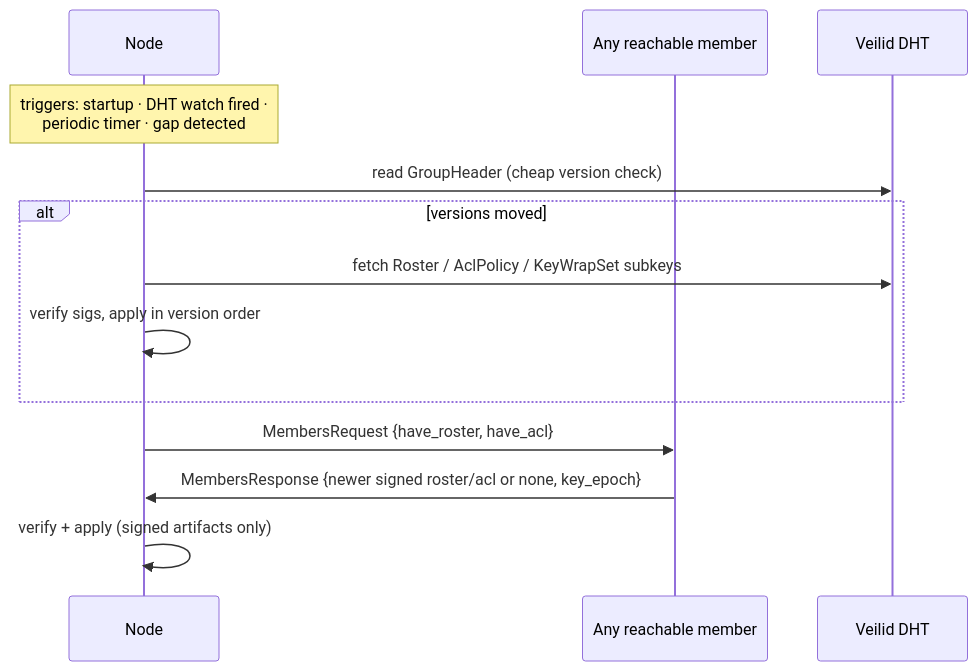
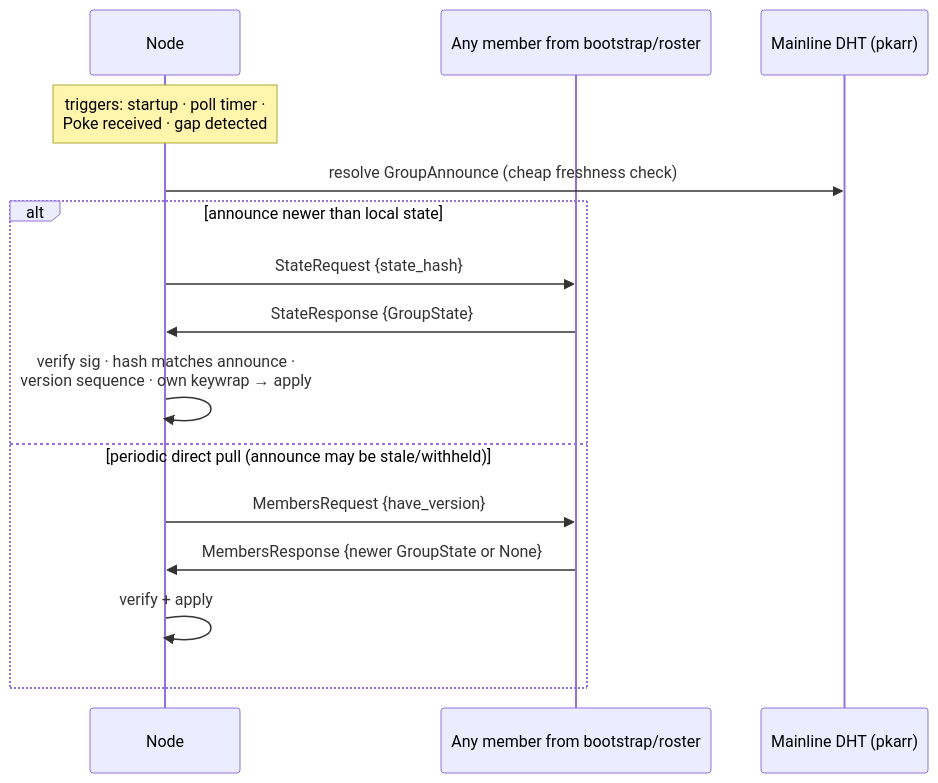
One commit to xoriors/rmesh changed the third of 5 diagrams in docs/04-protocols.md. Above: the diagram before and after it, drawn with Mermaid. The commit also changed other lines of this file and 7 other files, not shown here.

````diff
--- a/docs/04-protocols.md
+++ b/docs/04-protocols.md
@@ -51,15 +51,17 @@
 ```mermaid
 sequenceDiagram
     participant N as Node
-    participant M as Any reachable member
-    participant D as Veilid DHT
-    Note over N: triggers: startup · DHT watch fired ·<br/>periodic timer · gap detected
-    N->>D: read GroupHeader (cheap version check)
-    alt versions moved
-        N->>D: fetch Roster / AclPolicy / KeyWrapSet subkeys
-        N->>N: verify sigs, apply in version order
+    participant M as Any member from bootstrap/roster
+    participant D as Mainline DHT (pkarr)
+    Note over N: triggers: startup · poll timer ·<br/>Poke received · gap detected
+    N->>D: resolve GroupAnnounce (cheap freshness check)
+    alt announce newer than local state
+        N->>M: StateRequest {state_hash}
+        M->>N: StateResponse {GroupState}
+        N->>N: verify sig · hash matches announce ·<br/>version sequence · own keywrap → apply
+    else periodic direct pull (announce may be stale/withheld)
+        N->>M: MembersRequest {have_version}
+        M->>N: MembersResponse {newer GroupState or None}
+        N->>N: verify + apply
     end
-    N->>M: MembersRequest {have_roster, have_acl}
-    M->>N: MembersResponse {newer signed roster/acl or none, key_epoch}
-    N->>N: verify + apply (signed artifacts only)
 ```
````
